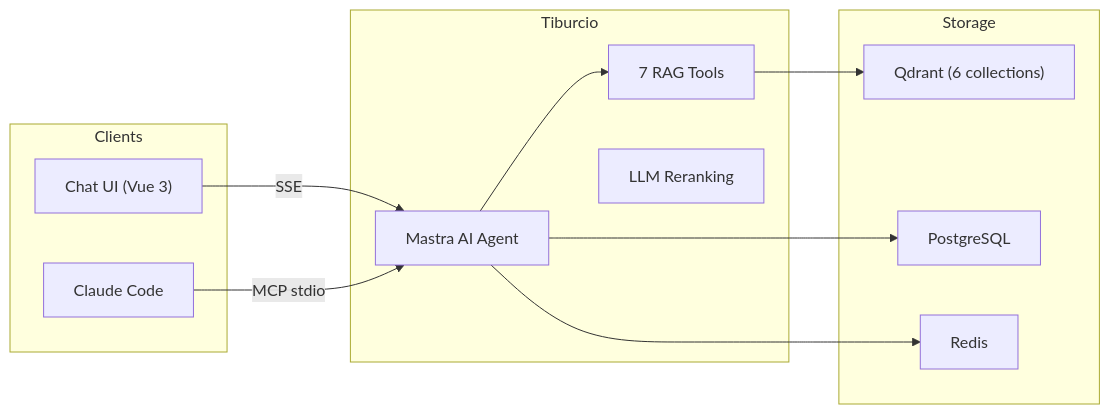
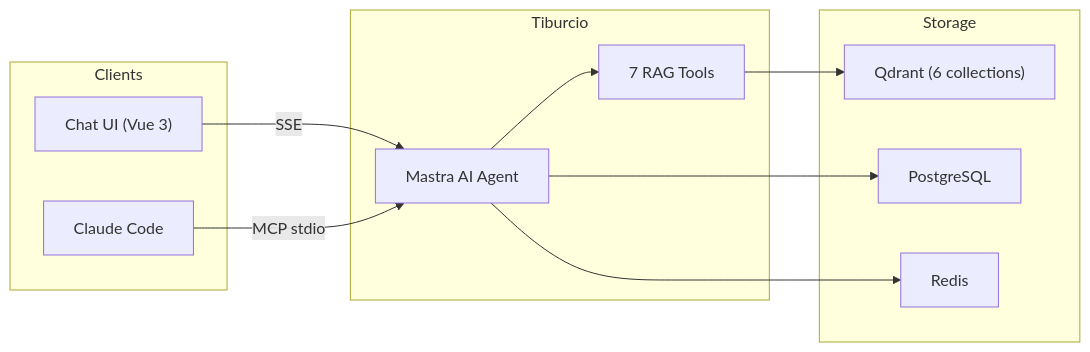
Before and after one commit to JoaoMorais03/Tiburcio: the first of 2 diagrams in README.md, drawn with Mermaid. The commit also changed other lines of this file and 5 other files, not shown here.

First line of the commit message:
docs: add v2 roadmap and fix stale references across docs

````diff
--- a/README.md
+++ b/README.md
@@ -49,25 +49,24 @@
 ```mermaid
 graph LR
     subgraph Clients
         UI["Chat UI (Vue 3)"]
         CC["Claude Code"]
     end
 
     subgraph Tiburcio
         Agent["Mastra AI Agent"]
         Tools["7 RAG Tools"]
-        Rerank["LLM Reranking"]
     end
 
     subgraph Storage
         Qdrant["Qdrant (6 collections)"]
         PG["PostgreSQL"]
         Redis["Redis"]
     end
 
     UI -- SSE --> Agent
     CC -- MCP stdio --> Agent
     Agent --> Tools --> Qdrant
     Agent --> PG
     Agent --> Redis
 ```
````
